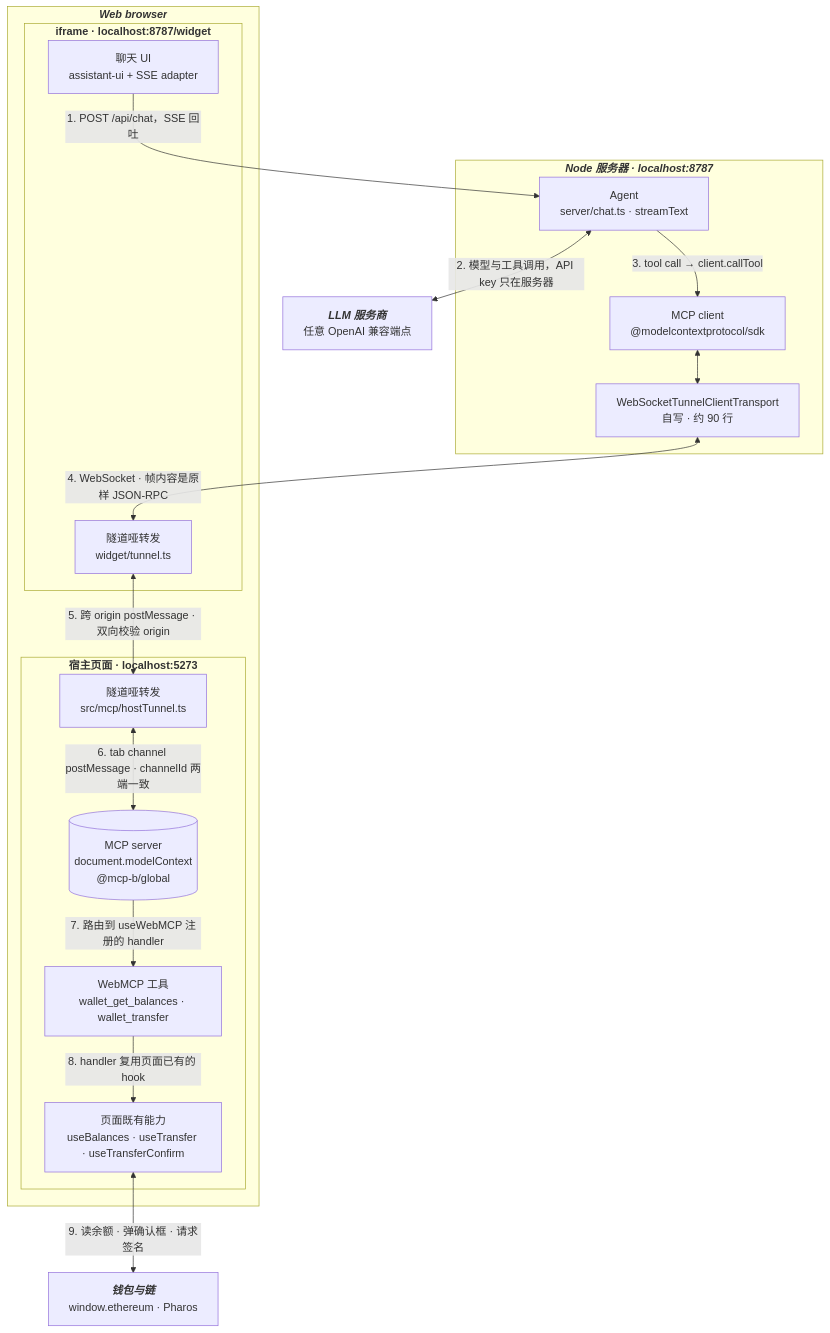
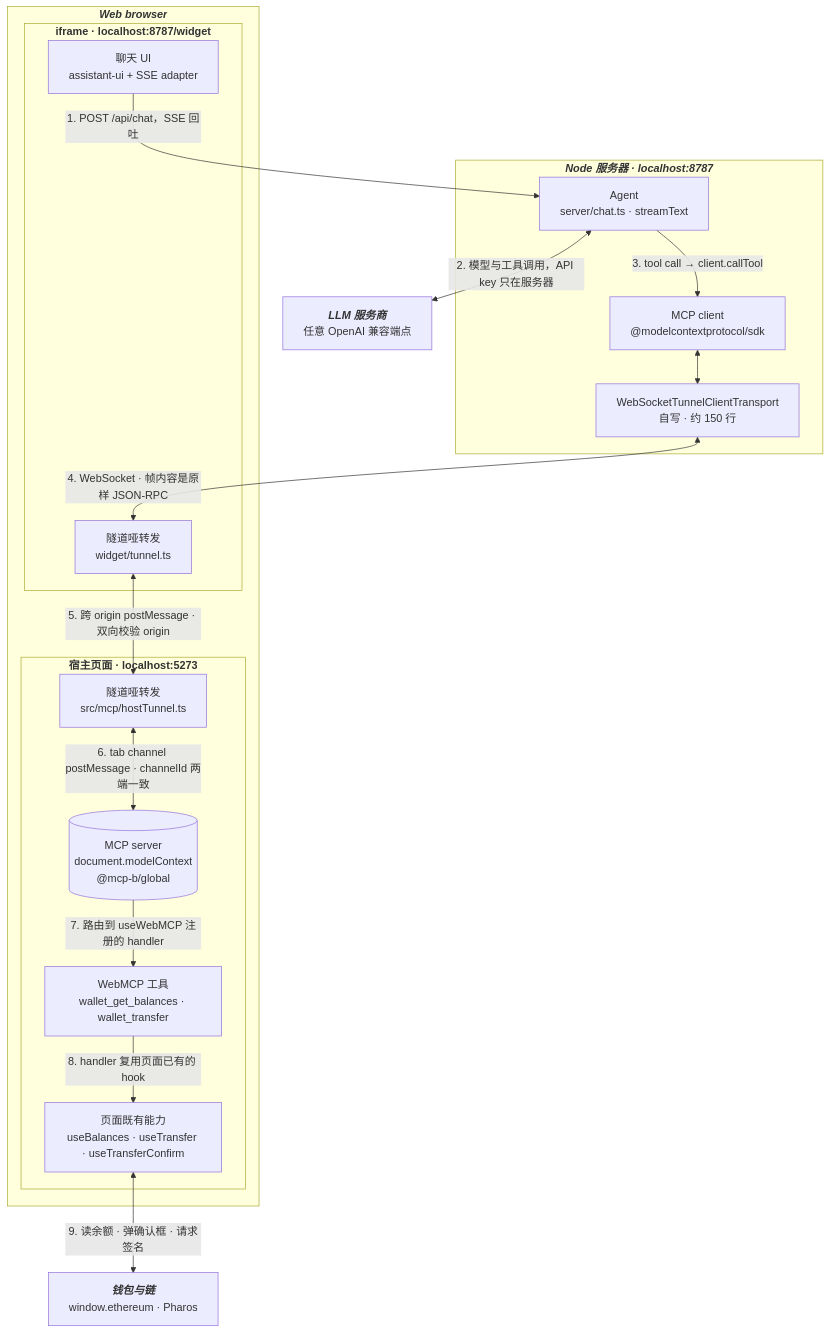
The first of 2 diagrams in README.md (jason-pharos/webmcp-demo), drawn with Mermaid before and after one commit. The commit also changed other lines of this file and 6 other files, not shown here.

````diff
--- a/README.md
+++ b/README.md
@@ -34,36 +34,36 @@
 ```mermaid
 graph TD
     LLM["<b><i>LLM 服务商</i></b><br>任意 OpenAI 兼容端点"]
 
     subgraph SRV["<b><i>Node 服务器 · localhost:8787</i></b>"]
         AG["Agent<br>server/chat.ts · streamText"]
         MC["MCP client<br>@modelcontextprotocol/sdk"]
-        WT["WebSocketTunnelClientTransport<br>自写 · 约 90 行"]
+        WT["WebSocketTunnelClientTransport<br>自写 · 约 150 行"]
     end
 
     subgraph WB["<b><i>Web browser</i></b>"]
         subgraph WG["<b>iframe · localhost:8787/widget</b>"]
             UI["聊天 UI<br>assistant-ui + SSE adapter"]
             WTUN["隧道哑转发<br>widget/tunnel.ts"]
         end
         subgraph RP["<b>宿主页面 · localhost:5273</b>"]
             HTUN["隧道哑转发<br>src/mcp/hostTunnel.ts"]
             SV[("MCP server<br>document.modelContext<br>@mcp-b/global")]
             WMCP["WebMCP 工具<br>wallet_get_balances · wallet_transfer"]
             BIZ["页面既有能力<br>useBalances · useTransfer · useTransferConfirm"]
         end
     end
 
     CHAIN["<b><i>钱包与链</i></b><br>window.ethereum · Pharos"]
 
     UI -->|"1. POST /api/chat，SSE 回吐"| AG
     AG <-->|"2. 模型与工具调用，API key 只在服务器"| LLM
     AG -->|"3. tool call → client.callTool"| MC
     MC <--> WT
     WT <-->|"4. WebSocket · 帧内容是原样 JSON-RPC"| WTUN
     WTUN <-->|"5. 跨 origin postMessage · 双向校验 origin"| HTUN
     HTUN <-->|"6. tab channel postMessage · channelId 两端一致"| SV
     SV -->|"7. 路由到 useWebMCP 注册的 handler"| WMCP
     WMCP -->|"8. handler 复用页面已有的 hook"| BIZ
     BIZ <-->|"9. 读余额 · 弹确认框 · 请求签名"| CHAIN
 ```
````
